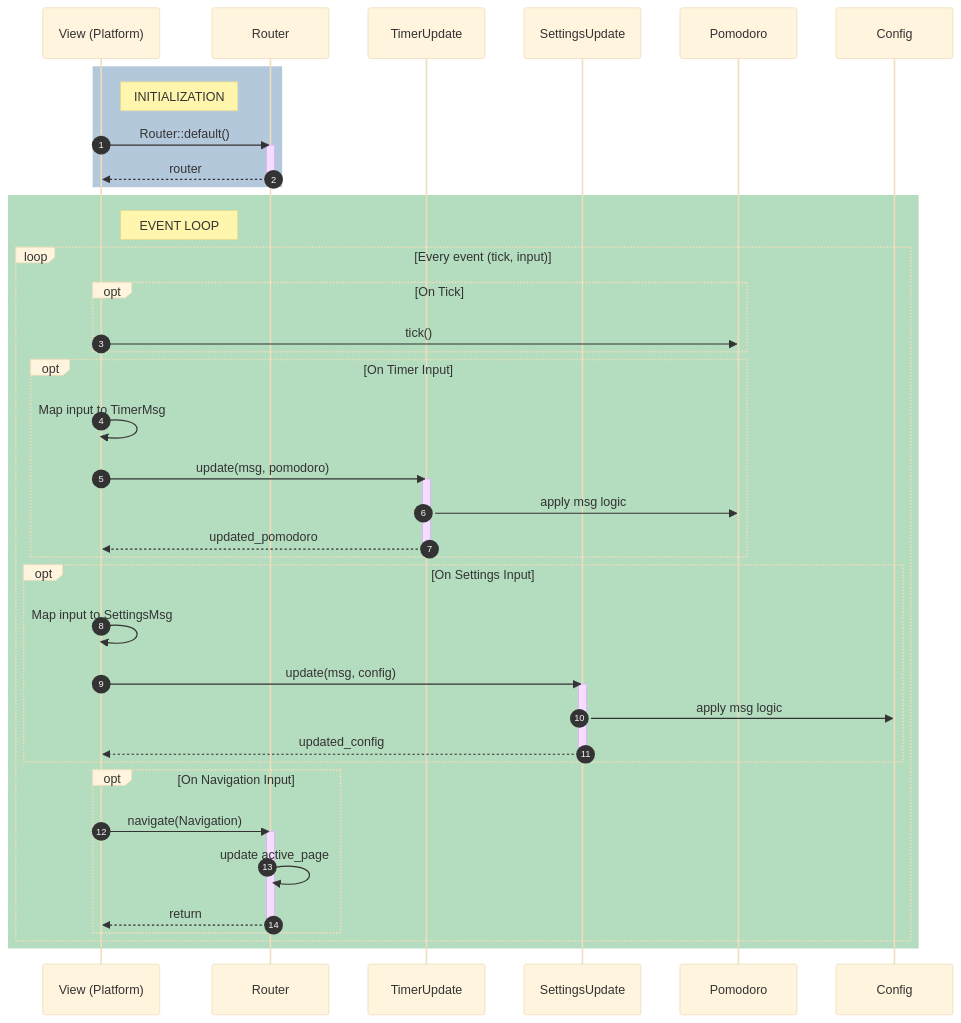
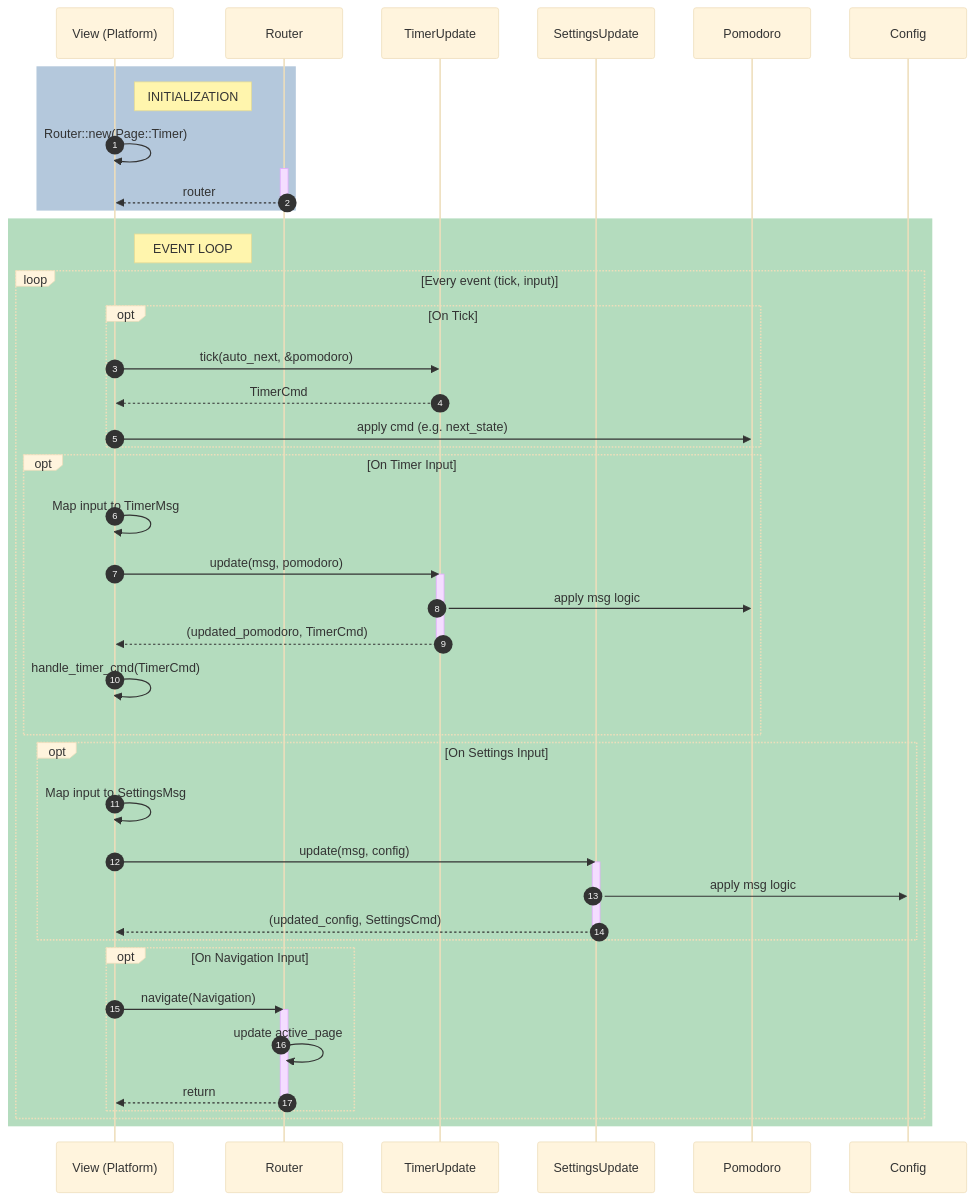
One commit to FAZuH/forgor changed the diagram in docs/diagrams/ui-base-lifecycle.mmd. Above: the diagram before and after it, drawn with Mermaid (base theme). The commit also changed 11 other files, not shown here.

```diff
--- a/docs/diagrams/ui-base-lifecycle.mmd
+++ b/docs/diagrams/ui-base-lifecycle.mmd
@@ -1,48 +1,51 @@
 sequenceDiagram
     autonumber
     participant V as View (Platform)
     participant R as Router
     participant TU as TimerUpdate
     participant SU as SettingsUpdate
     participant P as Pomodoro
     participant C as Config
 
     rect rgb(180, 200, 220)
         note right of V: INITIALIZATION
-        V->>R: Router::default()
+        V->>V: Router::new(Page::Timer)
         activate R
         R-->>V: router
         deactivate R
     end
 
     rect rgb(180, 220, 190)
         note right of V: EVENT LOOP
         loop Every event (tick, input)
             opt On Tick
-                V->>P: tick()
+                V->>TU: tick(auto_next, &pomodoro)
+                TU-->>V: TimerCmd
+                V->>P: apply cmd (e.g. next_state)
             end
             opt On Timer Input
                 V->>V: Map input to TimerMsg
                 V->>TU: update(msg, pomodoro)
                 activate TU
                 TU->>P: apply msg logic
-                TU-->>V: updated_pomodoro
+                TU-->>V: (updated_pomodoro, TimerCmd)
                 deactivate TU
+                V->>V: handle_timer_cmd(TimerCmd)
             end
             opt On Settings Input
                 V->>V: Map input to SettingsMsg
                 V->>SU: update(msg, config)
                 activate SU
                 SU->>C: apply msg logic
-                SU-->>V: updated_config
+                SU-->>V: (updated_config, SettingsCmd)
                 deactivate SU
             end
             opt On Navigation Input
                 V->>R: navigate(Navigation)
                 activate R
                 R->>R: update active_page
                 R-->>V: return
                 deactivate R
             end
         end
     end
```
